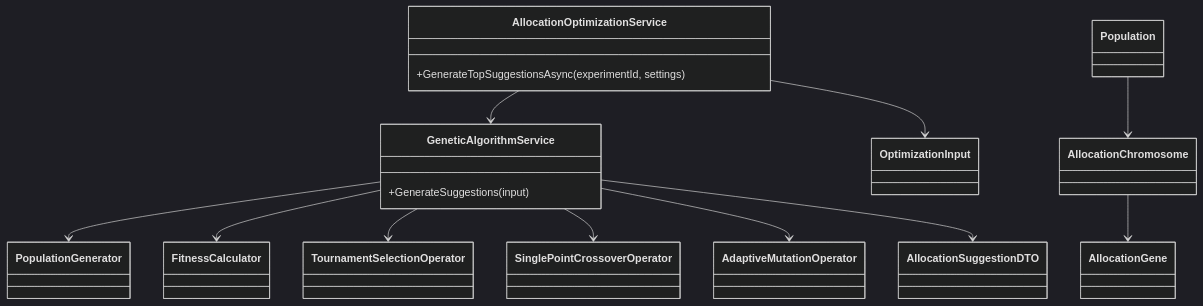
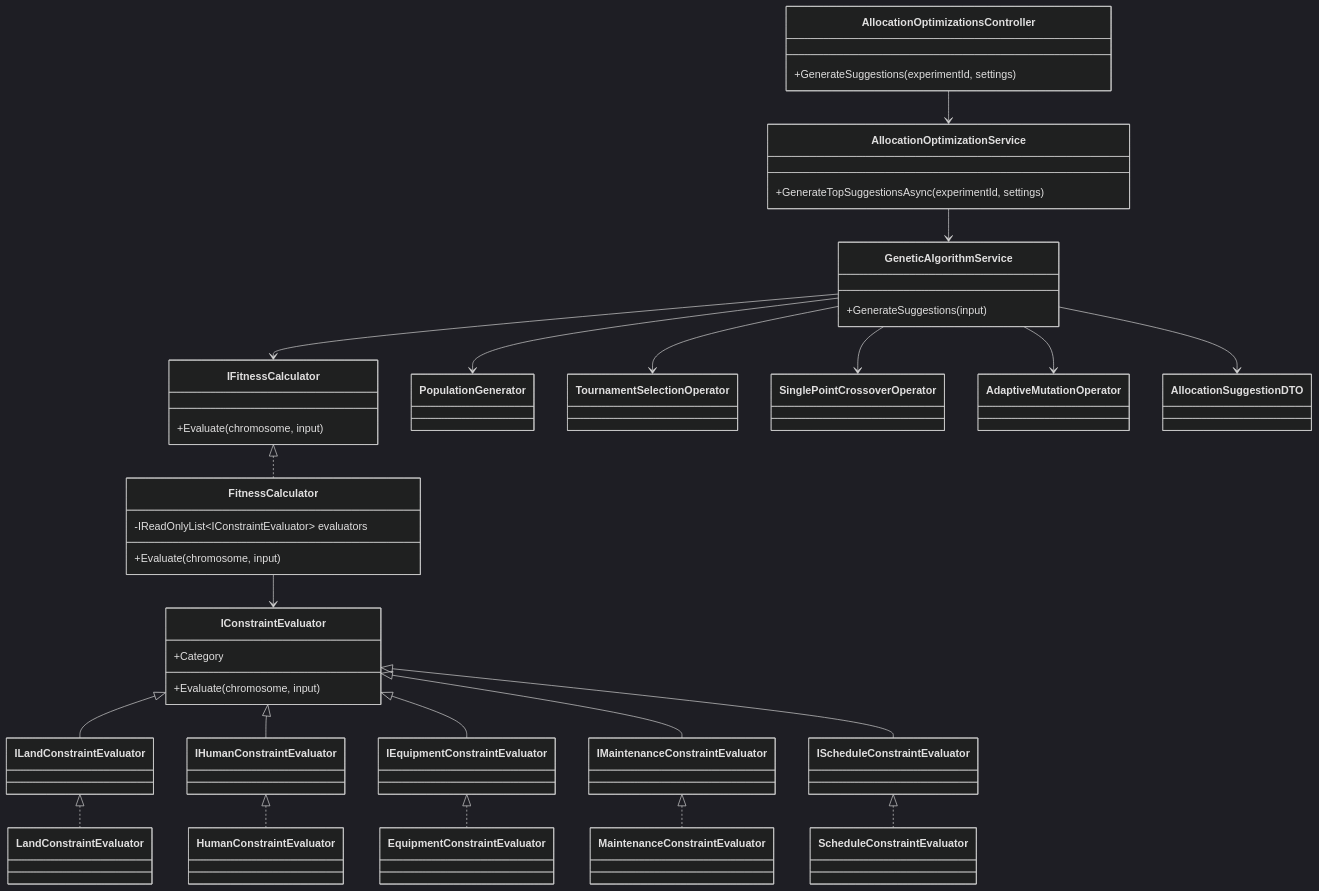
Before and after one commit to FRP-AMSystem/FRPAMSystem-BE: the diagram in FRPAMSystem.BusinessTier/AI/README.md, drawn with Mermaid (dark theme). The commit also changed other lines of this file and 24 other files, not shown here.

````diff
--- a/FRPAMSystem.BusinessTier/AI/README.md
+++ b/FRPAMSystem.BusinessTier/AI/README.md
@@ -58,30 +21,59 @@
 ```mermaid
 classDiagram
+    class AllocationOptimizationsController {
+      +GenerateSuggestions(experimentId, settings)
+    }
     class AllocationOptimizationService {
       +GenerateTopSuggestionsAsync(experimentId, settings)
     }
     class GeneticAlgorithmService {
       +GenerateSuggestions(input)
     }
-    class OptimizationInput
-    class Population
-    class AllocationChromosome
-    class AllocationGene
-    class FitnessCalculator
+    class IFitnessCalculator {
+      +Evaluate(chromosome, input)
+    }
+    class FitnessCalculator {
+      -IReadOnlyList~IConstraintEvaluator~ evaluators
+      +Evaluate(chromosome, input)
+    }
+    class IConstraintEvaluator {
+      +Category
+      +Evaluate(chromosome, input)
+    }
+    class ILandConstraintEvaluator
+    class IHumanConstraintEvaluator
+    class IEquipmentConstraintEvaluator
+    class IMaintenanceConstraintEvaluator
+    class IScheduleConstraintEvaluator
+    class LandConstraintEvaluator
+    class HumanConstraintEvaluator
+    class EquipmentConstraintEvaluator
+    class MaintenanceConstraintEvaluator
+    class ScheduleConstraintEvaluator
     class PopulationGenerator
     class TournamentSelectionOperator
     class SinglePointCrossoverOperator
     class AdaptiveMutationOperator
     class AllocationSuggestionDTO
 
+    AllocationOptimizationsController --> AllocationOptimizationService
     AllocationOptimizationService --> GeneticAlgorithmService
-    AllocationOptimizationService --> OptimizationInput
     GeneticAlgorithmService --> PopulationGenerator
-    GeneticAlgorithmService --> FitnessCalculator
+    GeneticAlgorithmService --> IFitnessCalculator
     GeneticAlgorithmService --> TournamentSelectionOperator
     GeneticAlgorithmService --> SinglePointCrossoverOperator
     GeneticAlgorithmService --> AdaptiveMutationOperator
-    Population --> AllocationChromosome
-    AllocationChromosome --> AllocationGene
+    IFitnessCalculator <|.. FitnessCalculator
+    IConstraintEvaluator <|-- ILandConstraintEvaluator
+    IConstraintEvaluator <|-- IHumanConstraintEvaluator
+    IConstraintEvaluator <|-- IEquipmentConstraintEvaluator
+    IConstraintEvaluator <|-- IMaintenanceConstraintEvaluator
+    IConstraintEvaluator <|-- IScheduleConstraintEvaluator
+    ILandConstraintEvaluator <|.. LandConstraintEvaluator
+    IHumanConstraintEvaluator <|.. HumanConstraintEvaluator
+    IEquipmentConstraintEvaluator <|.. EquipmentConstraintEvaluator
+    IMaintenanceConstraintEvaluator <|.. MaintenanceConstraintEvaluator
+    IScheduleConstraintEvaluator <|.. ScheduleConstraintEvaluator
+    FitnessCalculator --> IConstraintEvaluator
     GeneticAlgorithmService --> AllocationSuggestionDTO
 ```
````
